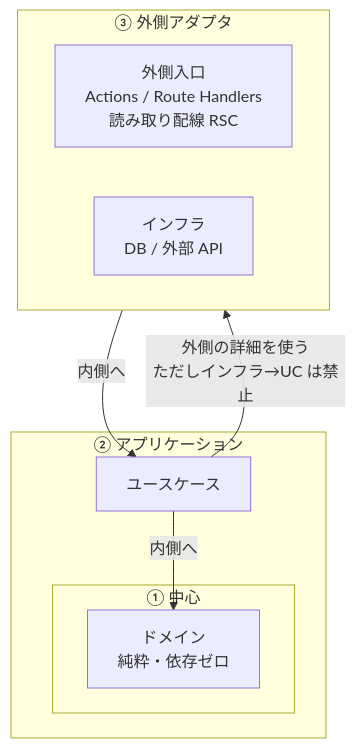
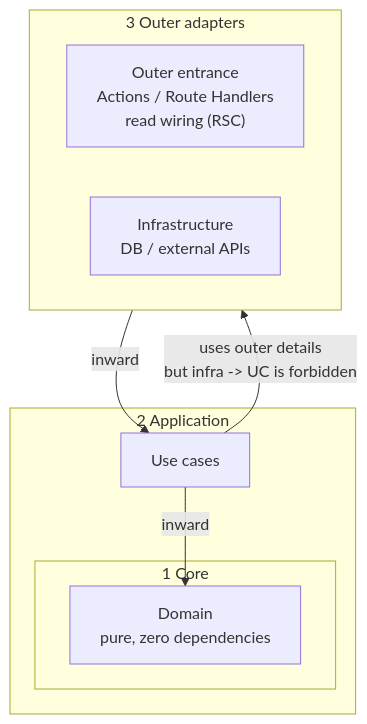
Before and after one commit to GoboMan/claude-harness: the diagram in .claude/rules/develop/web/next/backend/coding.md, drawn with Mermaid. The commit also changed other lines of this file and 7 other files, not shown here.

````diff
--- a/.claude/rules/develop/web/next/backend/coding.md
+++ b/.claude/rules/develop/web/next/backend/coding.md
@@ -113,19 +116,19 @@
 ```mermaid
 flowchart TB
-  subgraph outer ["③ 外側アダプタ"]
+  subgraph outer ["3 Outer adapters"]
     direction LR
-    C["外側入口<br/>Actions / Route Handlers<br/>読み取り配線 RSC"]
-    I["インフラ<br/>DB / 外部 API"]
+    C["Outer entrance<br/>Actions / Route Handlers<br/>read wiring (RSC)"]
+    I["Infrastructure<br/>DB / external APIs"]
   end
 
-  subgraph app ["② アプリケーション"]
-    UC["ユースケース"]
-    subgraph core ["① 中心"]
-      D["ドメイン<br/>純粋・依存ゼロ"]
+  subgraph app ["2 Application"]
+    UC["Use cases"]
+    subgraph core ["1 Core"]
+      D["Domain<br/>pure, zero dependencies"]
     end
   end
 
-  C -->|内側へ| UC
-  UC -->|内側へ| D
-  UC -->|外側の詳細を使う<br/>ただしインフラ→UC は禁止| I
+  C -->|inward| UC
+  UC -->|inward| D
+  UC -->|uses outer details<br/>but infra -> UC is forbidden| I
 ```
````
